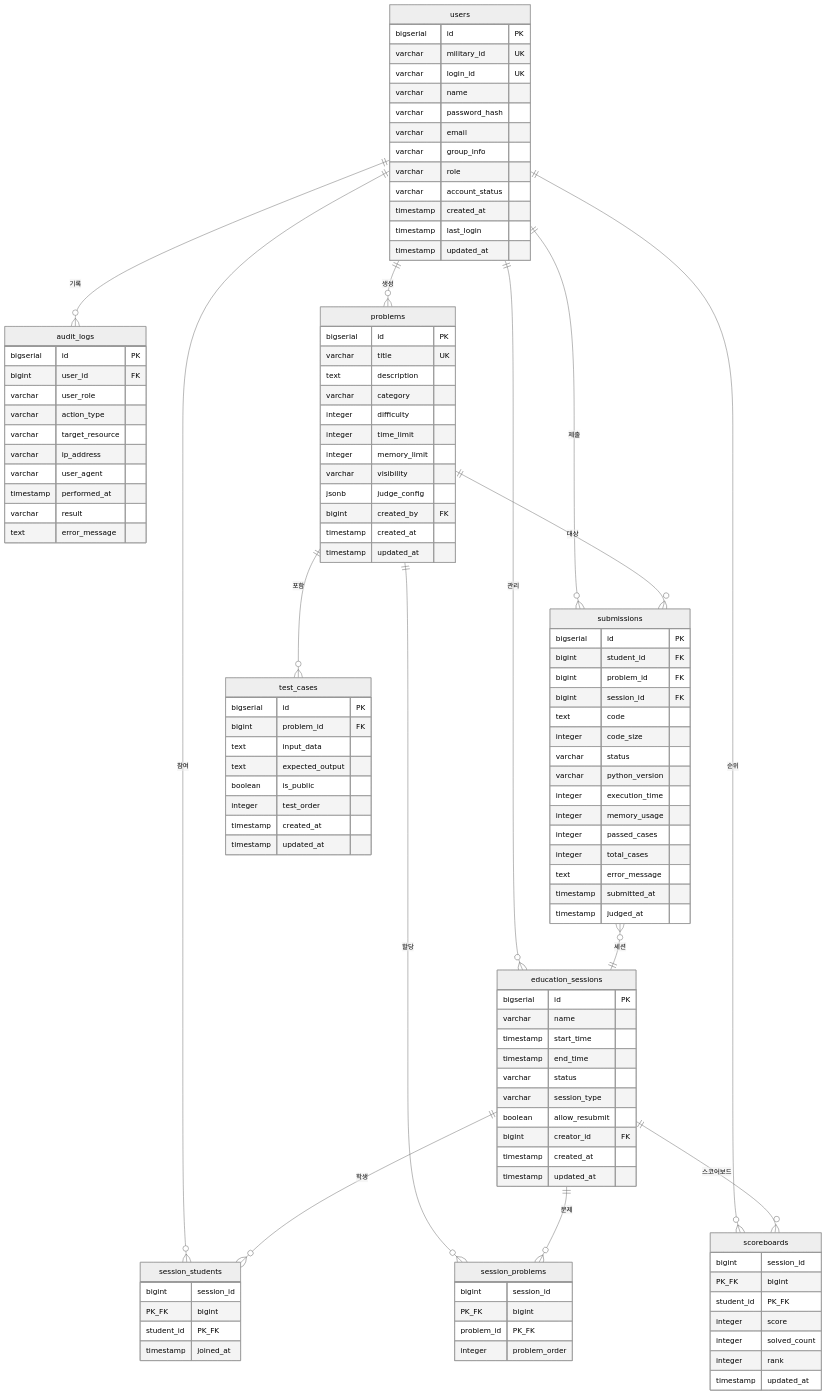
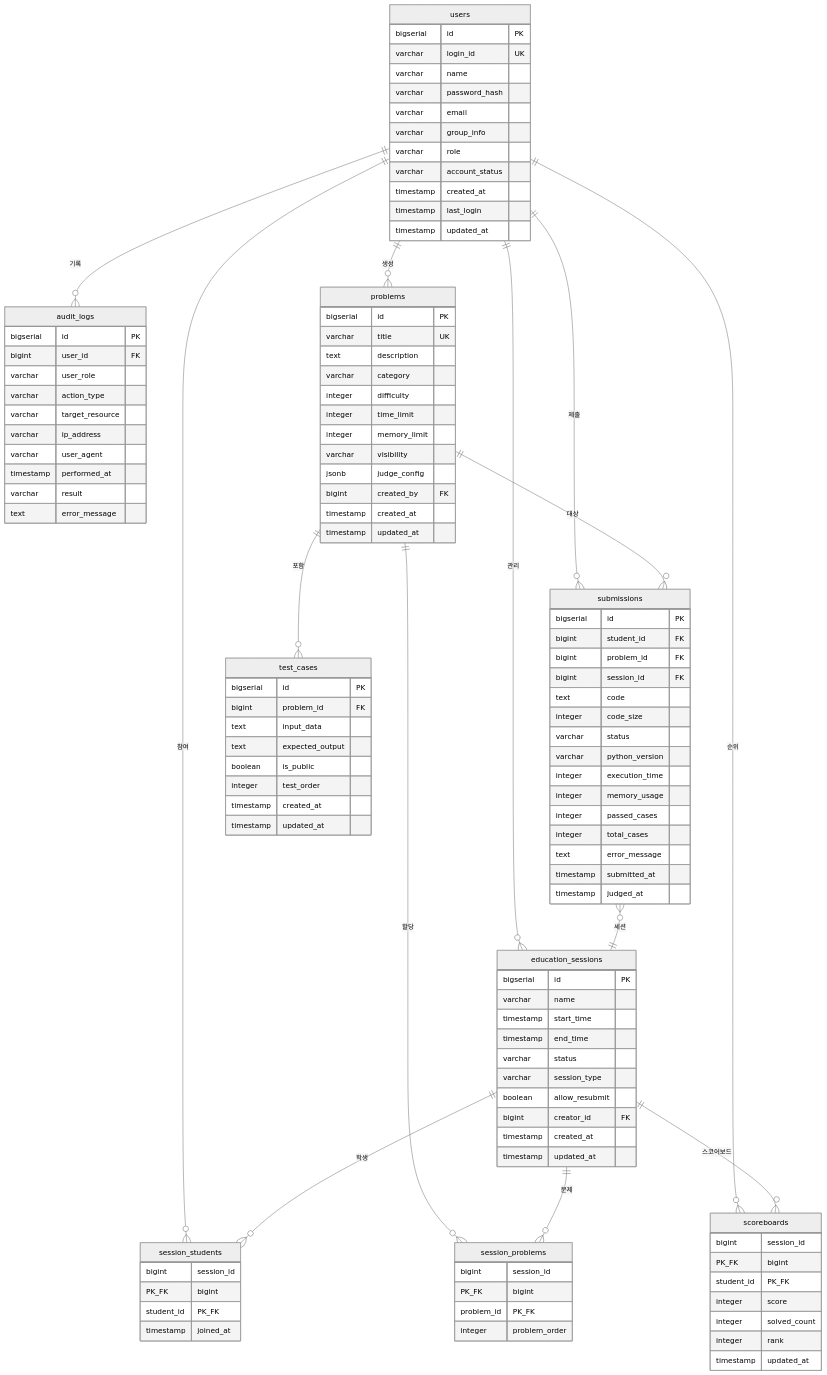
The diagram in docs/6-erd.md (midopa-dept/python-code-judge), drawn with Mermaid (neutral theme) before and after one commit. The commit also changed other lines of this file and 8 other files, not shown here.

```diff
--- a/docs/6-erd.md
+++ b/docs/6-erd.md
@@ -29,7 +29,6 @@
 
     users {
         bigserial id PK
-        varchar military_id UK
         varchar login_id UK
         varchar name
         varchar password_hash
```
